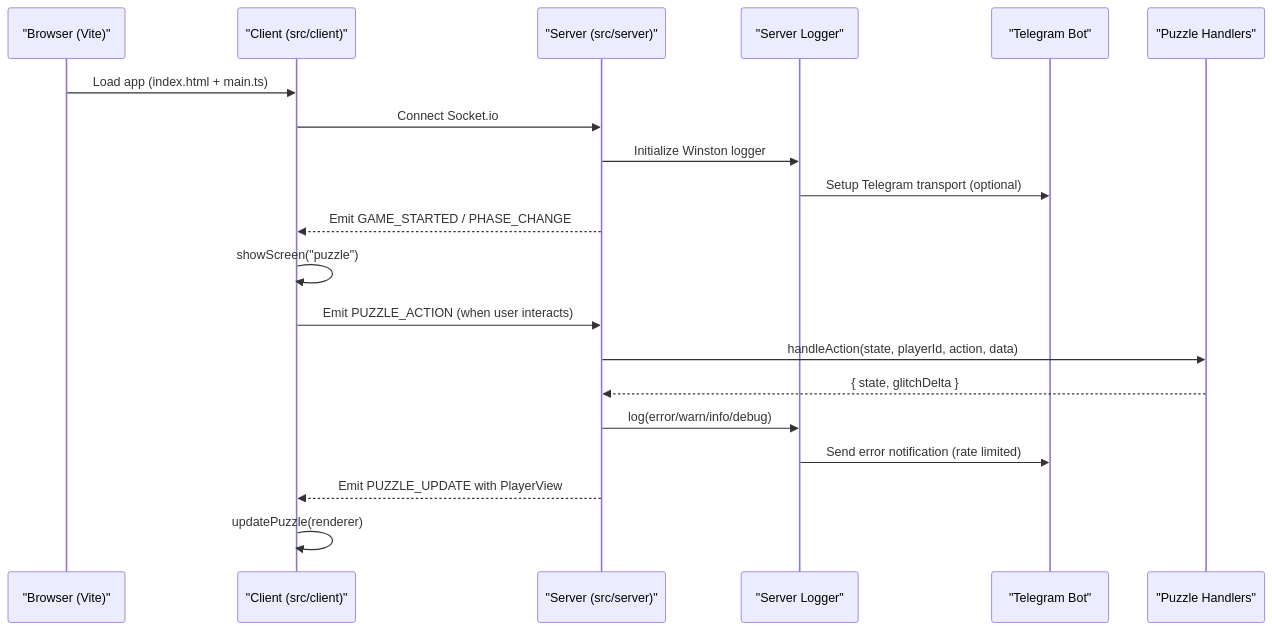
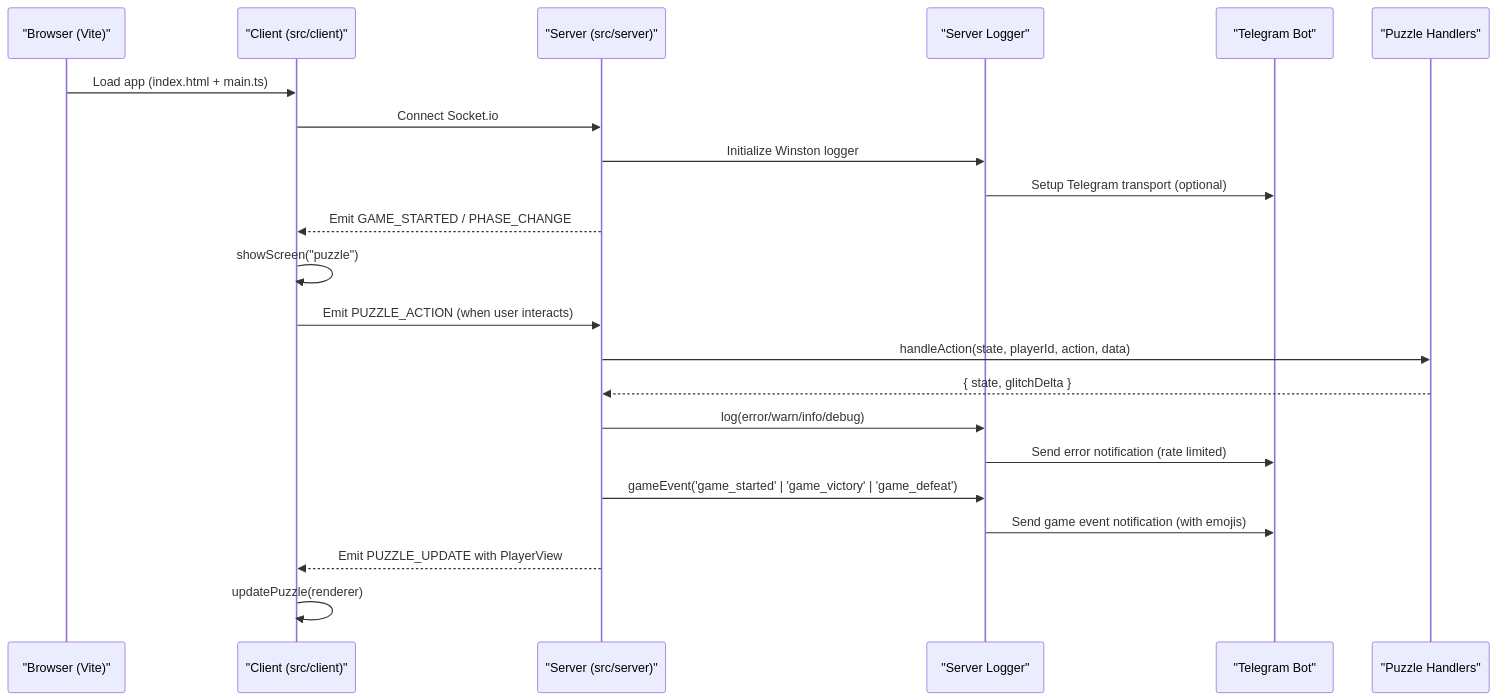
The second of 5 diagrams in .qoder/repowiki/en/content/Development Guidelines.md (dkoukoul/escape-room-mvp), drawn with Mermaid before and after one commit. The commit also changed other lines of this file and 3 other files, not shown here.

````diff
--- a/.qoder/repowiki/en/content/Development Guidelines.md
+++ b/.qoder/repowiki/en/content/Development Guidelines.md
@@ -143,22 +151,24 @@
 ```mermaid
 sequenceDiagram
 participant Browser as "Browser (Vite)"
 participant Client as "Client (src/client)"
 participant Server as "Server (src/server)"
 participant Logger as "Server Logger"
 participant Telegram as "Telegram Bot"
 participant Handlers as "Puzzle Handlers"
 Browser->>Client : Load app (index.html + main.ts)
 Client->>Server : Connect Socket.io
 Server->>Logger : Initialize Winston logger
 Logger->>Telegram : Setup Telegram transport (optional)
 Server-->>Client : Emit GAME_STARTED / PHASE_CHANGE
 Client->>Client : showScreen("puzzle")
 Client->>Server : Emit PUZZLE_ACTION (when user interacts)
 Server->>Handlers : handleAction(state, playerId, action, data)
 Handlers-->>Server : { state, glitchDelta }
 Server->>Logger : log(error/warn/info/debug)
 Logger->>Telegram : Send error notification (rate limited)
+Server->>Logger : gameEvent('game_started' | 'game_victory' | 'game_defeat')
+Logger->>Telegram : Send game event notification (with emojis)
 Server-->>Client : Emit PUZZLE_UPDATE with PlayerView
 Client->>Client : updatePuzzle(renderer)
 ```
````
